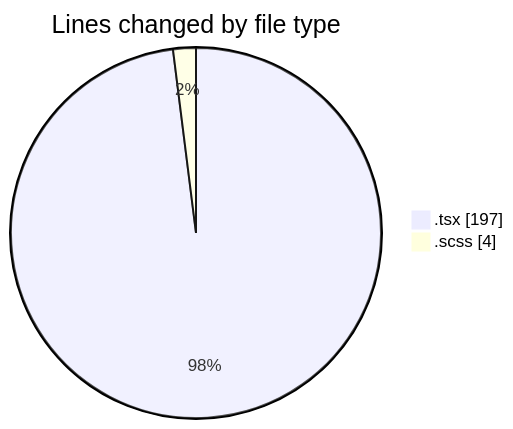
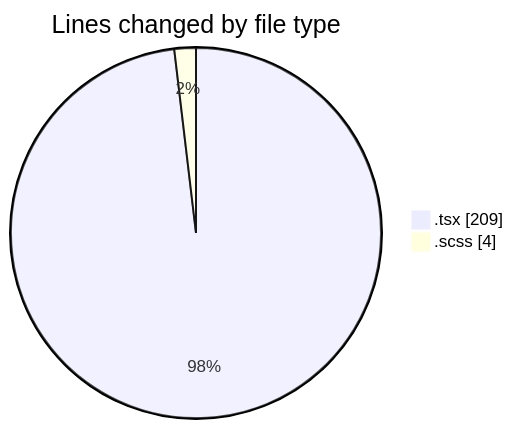
One commit to momahboobian/code-tracking changed the first of 2 diagrams in 2025-02-13/cda/README.md. Above: the diagram before and after it, drawn with Mermaid. The commit also changed other lines of this file and 1 other file, not shown here.

Commit message:
.tsx.scss This message clearly communicates the changes made to the activity statistics and visualizations in the README file, as well as the motivation behind making those changes. It also includes relevant information about the files affected by the change and the conventional commit types used.

````diff
--- a/2025-02-13/cda/README.md
+++ b/2025-02-13/cda/README.md
@@ -24,6 +24,6 @@
 ```mermaid
 pie showData
 title Lines changed by file type
-".tsx" : 197
+".tsx" : 209
 ".scss" : 4
 ```
````
